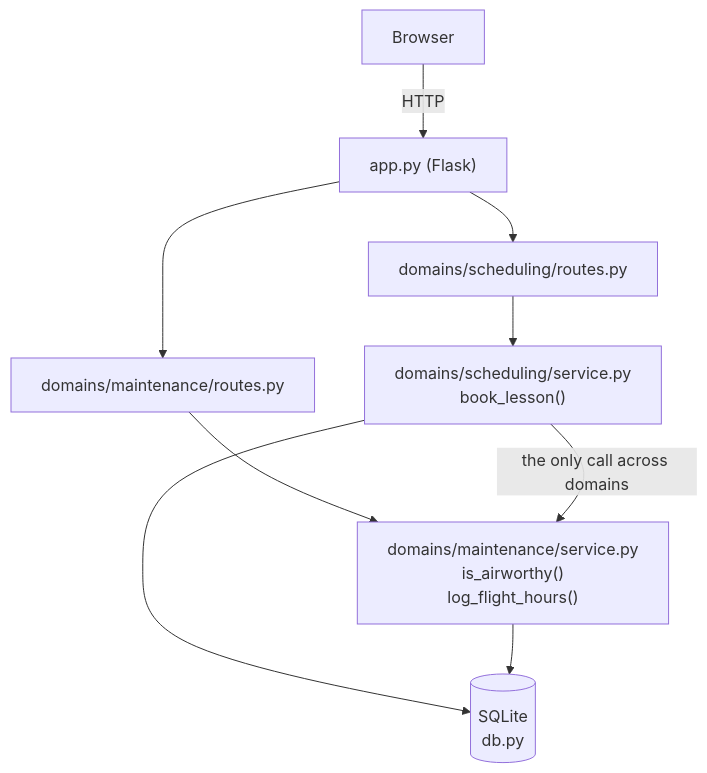
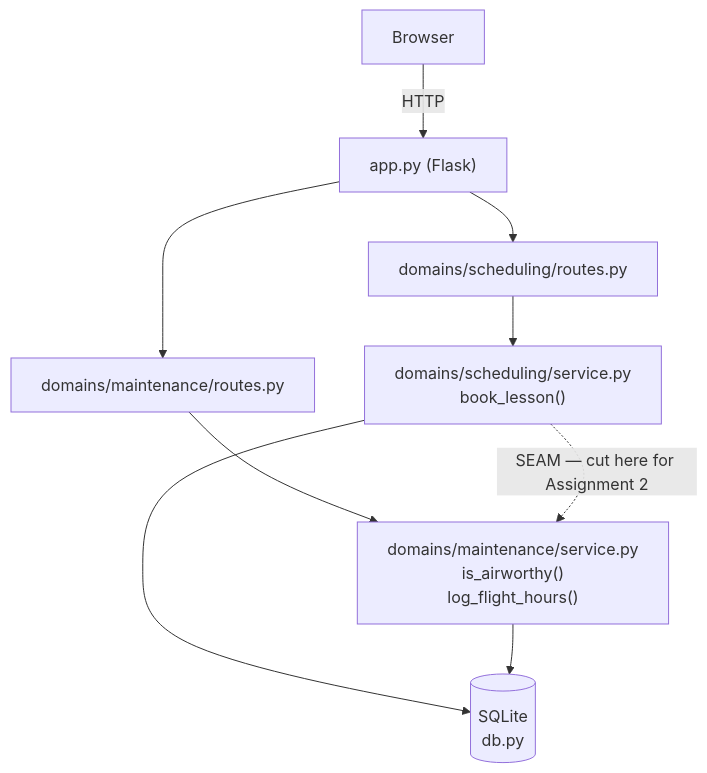
Before and after one commit to hadimoumeni/sdd-flight-school-tracker: the first of 2 diagrams in REPORT.md, drawn with Mermaid. The commit also changed other lines of this file and 6 other files, not shown here.

````diff
--- a/REPORT.md
+++ b/REPORT.md
@@ -47,11 +47,11 @@
 ```mermaid
 graph TD
     Browser["Browser"] -->|HTTP| App["app.py (Flask)"]
     App --> SchedRoutes["domains/scheduling/routes.py"]
     App --> MaintRoutes["domains/maintenance/routes.py"]
     SchedRoutes --> SchedService["domains/scheduling/service.py<br/>book_lesson()"]
     MaintRoutes --> MaintService["domains/maintenance/service.py<br/>is_airworthy()<br/>log_flight_hours()"]
-    SchedService -->|"the only call across domains"| MaintService
+    SchedService -.->|"SEAM — cut here for Assignment 2"| MaintService
     SchedService --> DB[("SQLite<br/>db.py")]
     MaintService --> DB
 ```
````
